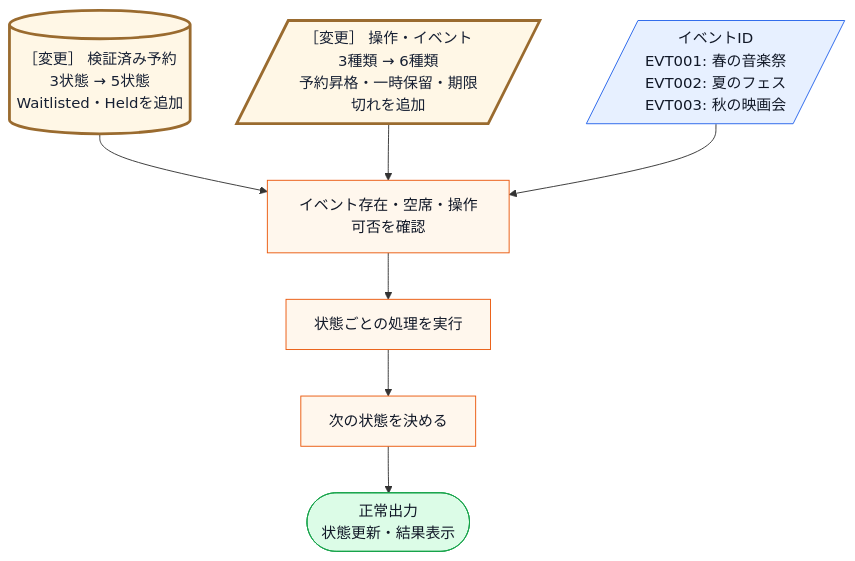
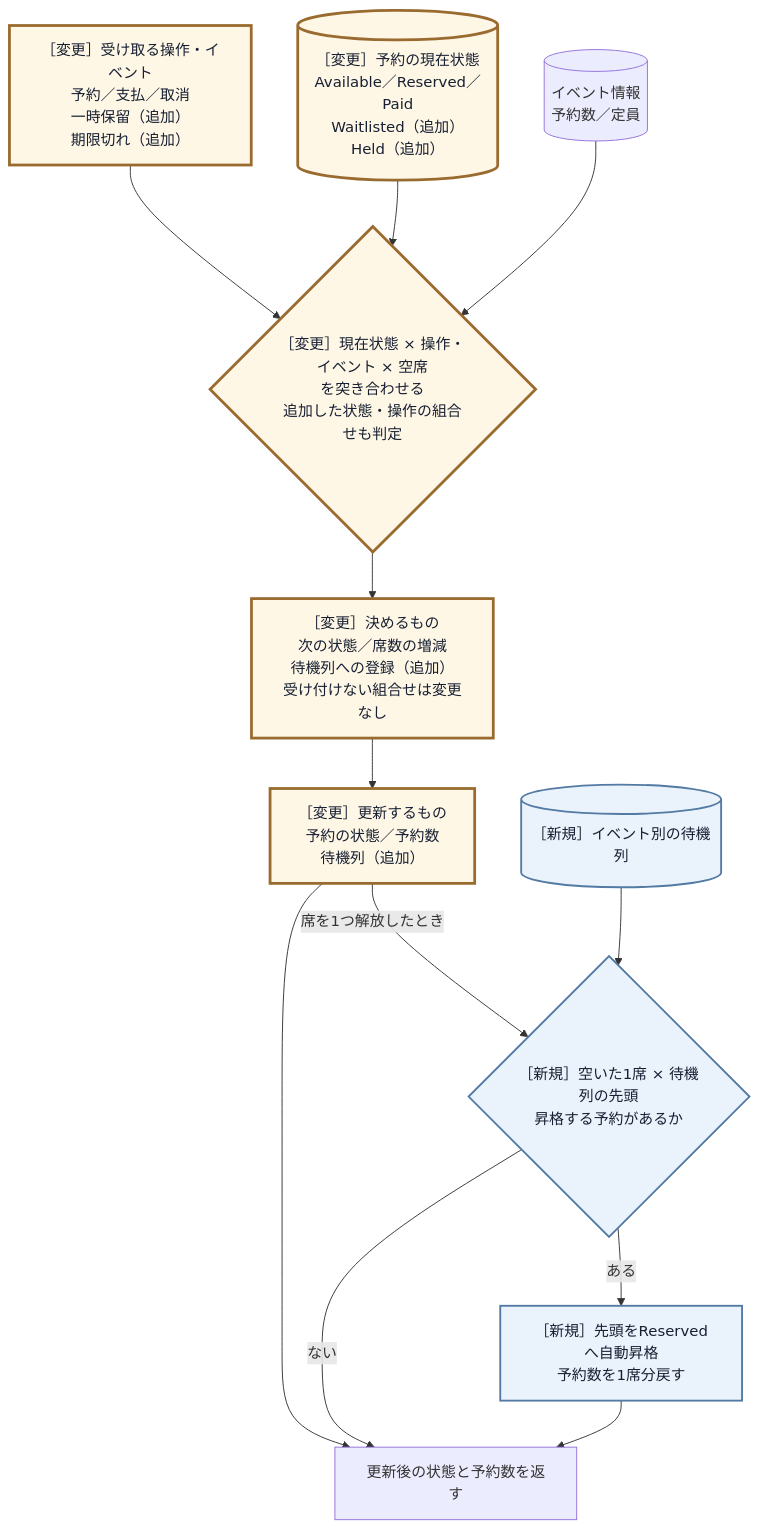
Before and after one commit to kumachan1101-pixel/DesignPattern: the ninth of 24 diagrams in kindle/design-patterns/books/volume01-core-patterns/output/04-chapter02.md, drawn with Mermaid. The commit also changed other lines of this file and 17 other files, not shown here.

````diff
--- a/kindle/design-patterns/books/volume01-core-patterns/output/04-chapter02.md
+++ b/kindle/design-patterns/books/volume01-core-patterns/output/04-chapter02.md
@@ -858,17 +884,18 @@
 ```mermaid
 flowchart TB
-    A[(［変更］ 検証済み予約<br>3状態 → 5状態<br>Waitlisted・Heldを追加)]:::data --> B[イベント存在・空席・操作可否を確認]:::process
-    C[/［変更］ 操作・イベント<br>3種類 → 6種類<br>予約昇格・一時保留・期限切れを追加/]:::input --> B
-    D[/イベントID<br>EVT001: 春の音楽祭<br>EVT002: 夏のフェス<br>EVT003: 秋の映画会/]:::input --> B
-    B --> F[状態ごとの処理を実行]:::process
-    F --> G[次の状態を決める]:::process
-    G --> H([正常出力<br>状態更新・結果表示]):::normal
+    ACTION["［変更］受け取る操作・イベント<br>予約／支払／取消<br>一時保留（追加）<br>期限切れ（追加）"]:::touched --> MATCH{"［変更］現在状態 × 操作・イベント × 空席<br>を突き合わせる<br>追加した状態・操作の組合せも判定"}:::touched
+    STATE[("［変更］予約の現在状態<br>Available／Reserved／Paid<br>Waitlisted（追加）<br>Held（追加）")]:::touched --> MATCH
+    EVENT[("イベント情報<br>予約数／定員")] --> MATCH
+    MATCH --> PLAN["［変更］決めるもの<br>次の状態／席数の増減<br>待機列への登録（追加）<br>受け付けない組合せは変更なし"]:::touched
+    PLAN --> APPLY["［変更］更新するもの<br>予約の状態／予約数<br>待機列（追加）"]:::touched
+    APPLY --> DONE["更新後の状態と予約数を返す"]
 
-    classDef data fill:#ecfeff,stroke:#0891b2,color:#111827;
-    classDef input fill:#e7f0ff,stroke:#2563eb,color:#111827;
-    classDef process fill:#fff7ed,stroke:#ea580c,color:#111827;
-    classDef decision fill:#fef9c3,stroke:#ca8a04,color:#111827;
-    classDef normal fill:#dcfce7,stroke:#16a34a,color:#111827;
-    class A,C touched;
+    APPLY -->|席を1つ解放したとき| HEAD{"［新規］空いた1席 × 待機列の先頭<br>昇格する予約があるか"}:::added
+    WAITLIST[("［新規］イベント別の待機列")]:::added --> HEAD
+    HEAD -->|ある| PROMOTE["［新規］先頭をReservedへ自動昇格<br>予約数を1席分戻す"]:::added
+    HEAD -->|ない| DONE
+    PROMOTE --> DONE
+
+    classDef added fill:#eaf2fb,stroke:#527aa3,stroke-width:2px,color:#172033;
     classDef touched fill:#fff7e6,stroke:#9a6b2f,stroke-width:3px,color:#172033;
 ```
````
